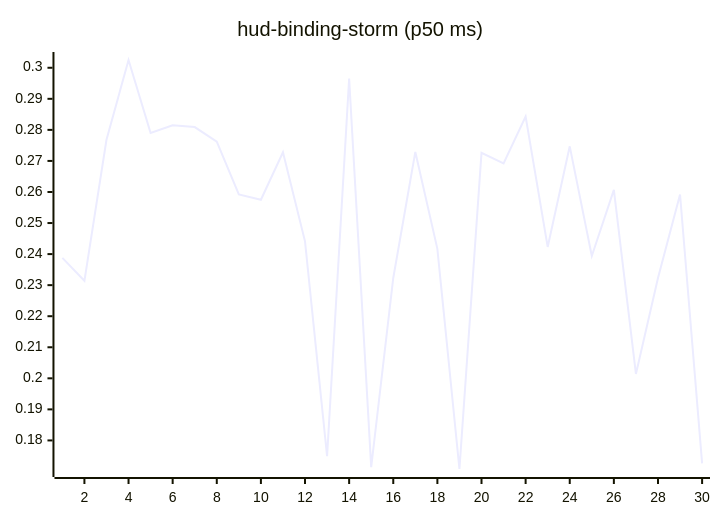
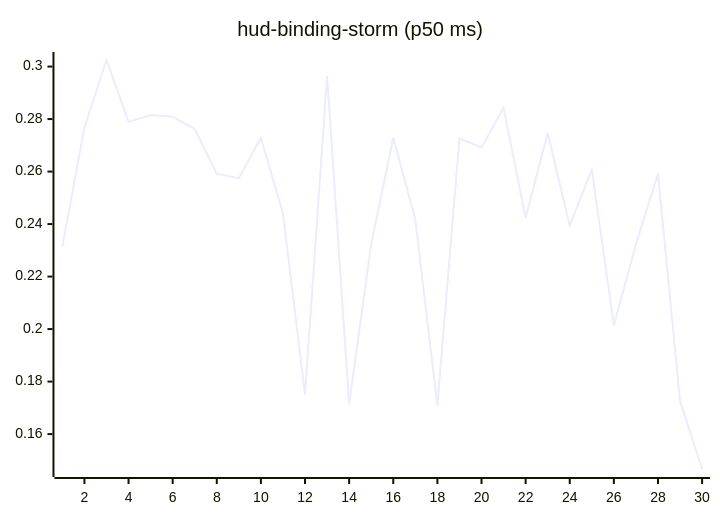
Before and after one commit to josha/Facet: the tenth of 27 diagrams in README.md, drawn with Mermaid. The commit also changed other lines of this file and 2 other files, not shown here.

````diff
--- a/README.md
+++ b/README.md
@@ -126,6 +126,6 @@
 ```mermaid
 xychart-beta
     title "hud-binding-storm (p50 ms)"
     x-axis 1 --> 30
-    line [0.2388, 0.2314, 0.2768, 0.3025, 0.2790, 0.2815, 0.2809, 0.2762, 0.2592, 0.2575, 0.2728, 0.2441, 0.1749, 0.2965, 0.1714, 0.2323, 0.2729, 0.2417, 0.1708, 0.2726, 0.2692, 0.2843, 0.2423, 0.2747, 0.2394, 0.2607, 0.2014, 0.2323, 0.2592, 0.1726]
+    line [0.2314, 0.2768, 0.3025, 0.2790, 0.2815, 0.2809, 0.2762, 0.2592, 0.2575, 0.2728, 0.2441, 0.1749, 0.2965, 0.1714, 0.2323, 0.2729, 0.2417, 0.1708, 0.2726, 0.2692, 0.2843, 0.2423, 0.2747, 0.2394, 0.2607, 0.2014, 0.2323, 0.2592, 0.1726, 0.1467]
 ```
````
